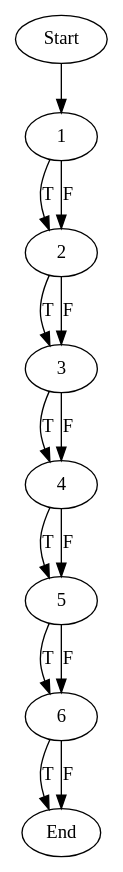
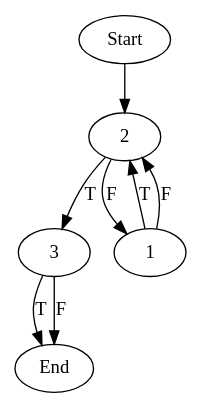
One commit to echancrure/Sikraken changed the diagram in Parser/input.dot. Above: the diagram before and after it, drawn with Graphviz. The commit also changed 3 other files, not shown here.

```diff
--- a/Parser/input.dot
+++ b/Parser/input.dot
@@ -1,15 +1,9 @@
 digraph CFG {
-"Start" -> "1"	 
-"6" -> "End" [label = "T"];
-"6" -> "End" [label = "F"];
-"5" -> "6" [label = "T"];
-"5" -> "6" [label = "F"];
-"4" -> "5" [label = "T"];
-"4" -> "5" [label = "F"];
-"3" -> "4" [label = "T"];
-"3" -> "4" [label = "F"];
+"Start" -> "2"	 
+"3" -> "End" [label = "T"];
+"3" -> "End" [label = "F"];
 "2" -> "3" [label = "T"];
-"2" -> "3" [label = "F"];
+"2" -> "1" [label = "F"];
 "1" -> "2" [label = "T"];
 "1" -> "2" [label = "F"];
 }
```
